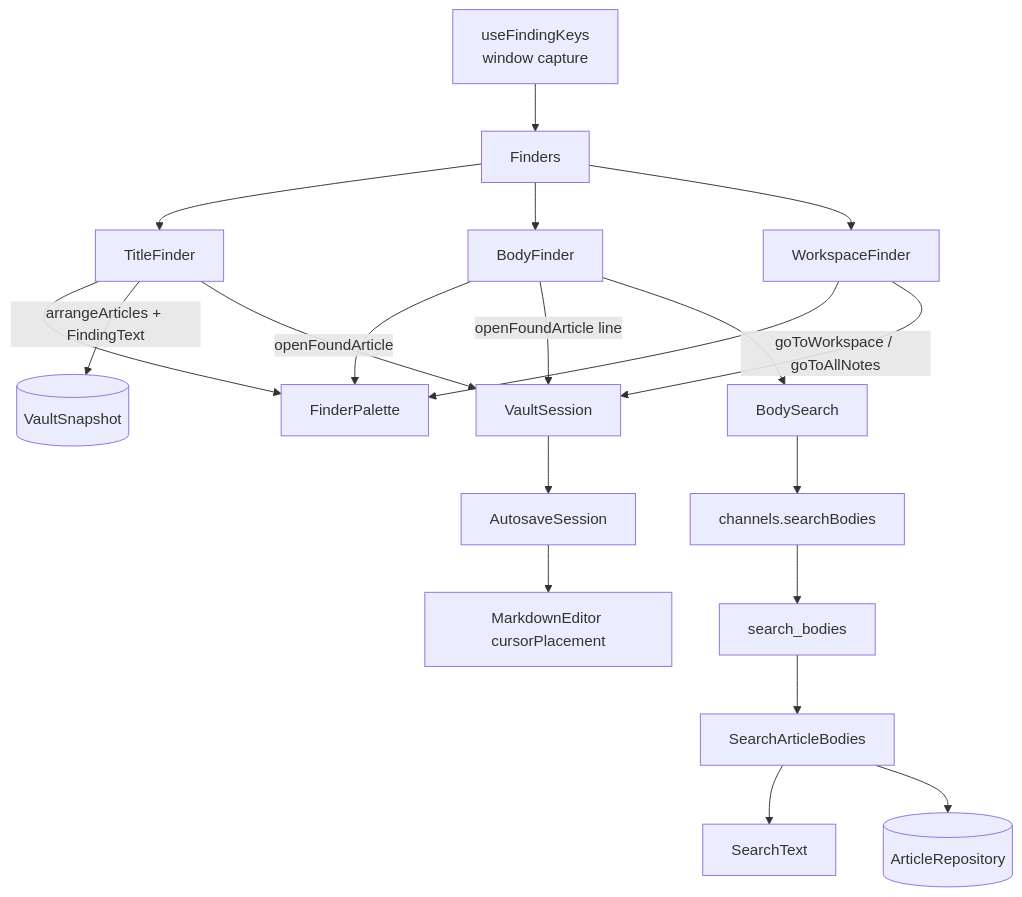
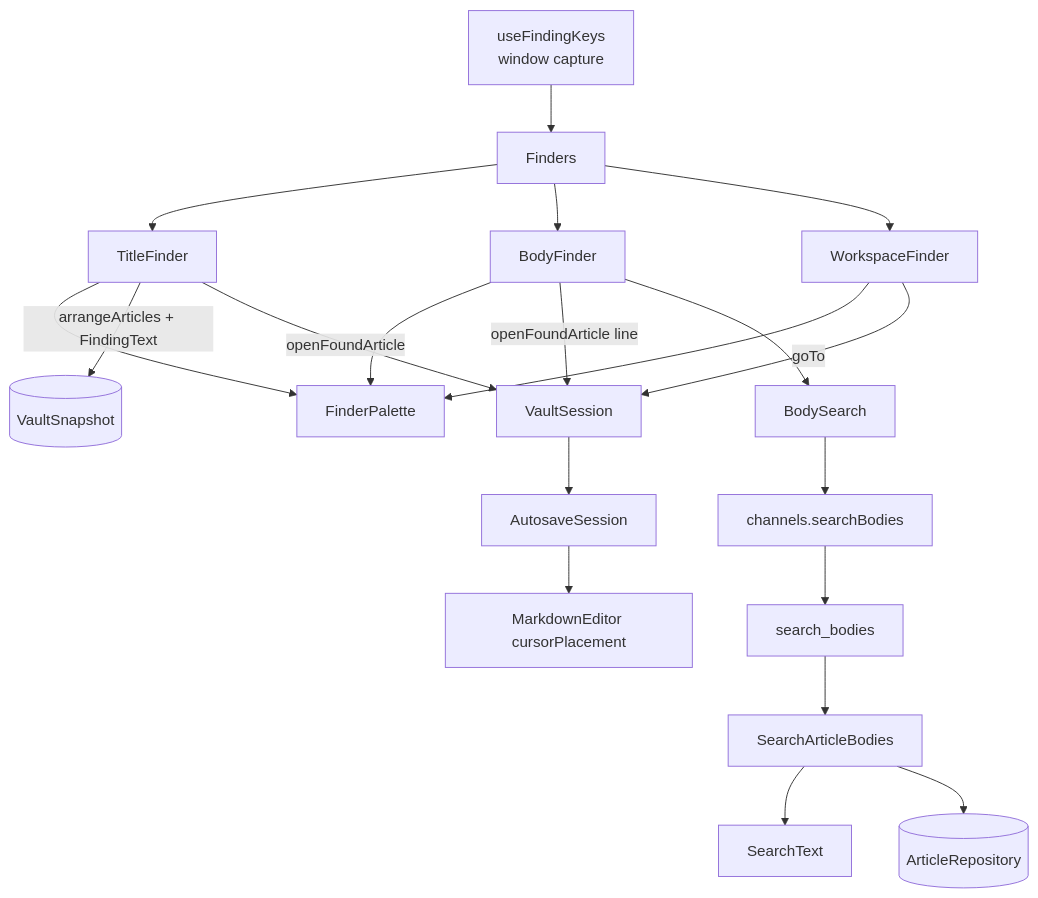
Before and after one commit to CodeMachine0121/Rustle: the diagram in .sdd/2026-09-08-find-articles-by-title-and-body/ARCH.md, drawn with Mermaid. The commit also changed other lines of this file and 5 other files, not shown here.

````diff
--- a/.sdd/2026-09-08-find-articles-by-title-and-body/ARCH.md
+++ b/.sdd/2026-09-08-find-articles-by-title-and-body/ARCH.md
@@ -78,14 +78,14 @@
 ```mermaid
 flowchart TD
     Keys[useFindingKeys<br/>window capture] --> Finders
     Finders --> TitleFinder & BodyFinder & WorkspaceFinder
     TitleFinder & BodyFinder & WorkspaceFinder --> Palette[FinderPalette]
     TitleFinder -->|arrangeArticles + FindingText| Snapshot[(VaultSnapshot)]
-    WorkspaceFinder -->|goToWorkspace / goToAllNotes| VS[VaultSession]
+    WorkspaceFinder -->|goTo| VS[VaultSession]
     TitleFinder -->|openFoundArticle| VS
     BodyFinder -->|openFoundArticle line| VS
     BodyFinder --> BodySearch --> Ch[channels.searchBodies]
     Ch --> Cmd[search_bodies] --> UC[SearchArticleBodies] --> ST[SearchText]
     UC --> Repo[(ArticleRepository)]
     VS --> Holder[AutosaveSession] --> Editor[MarkdownEditor cursorPlacement]
 ```
````
